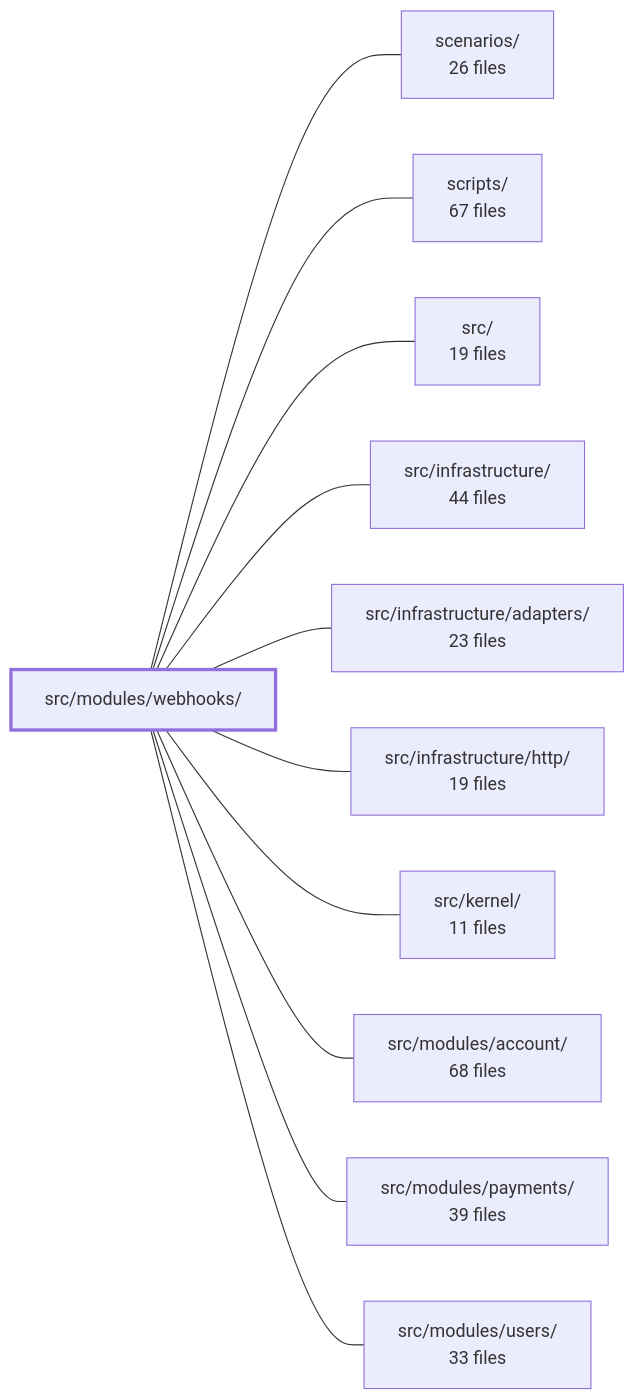
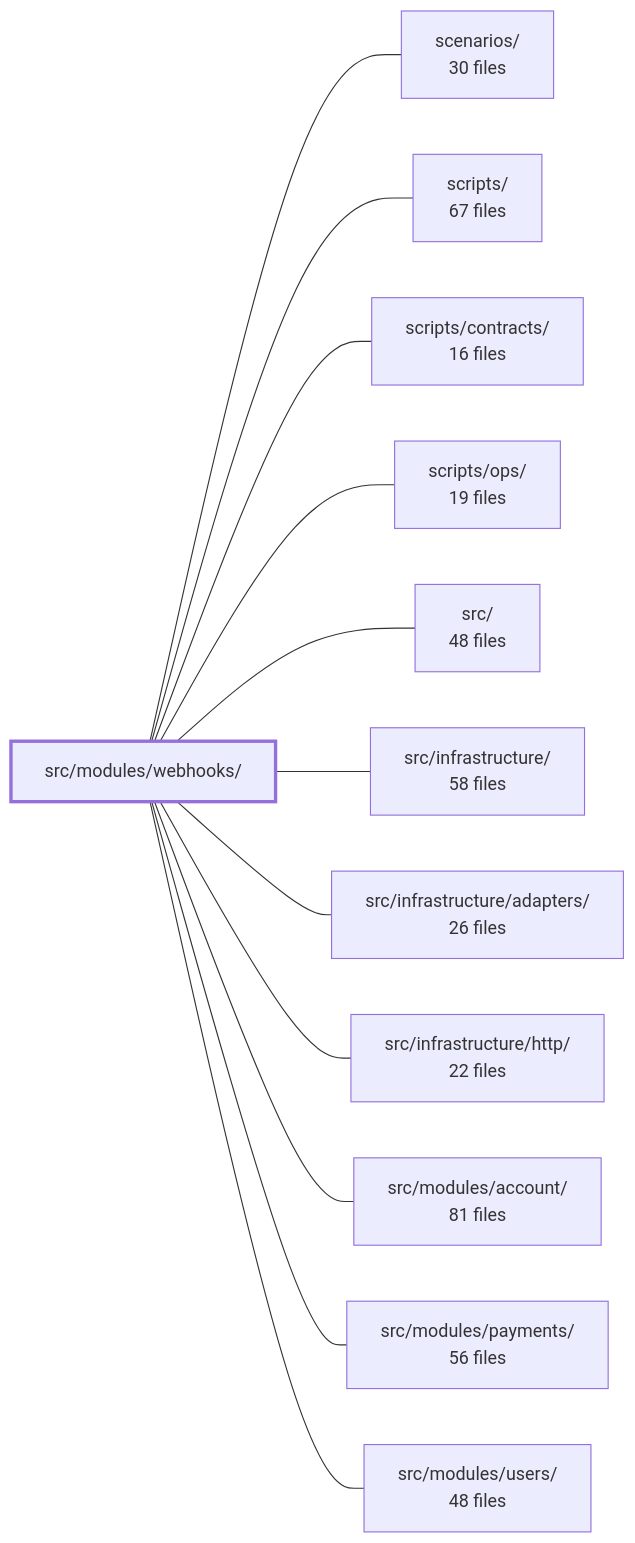
The diagram in .2brain/modules/boilerplate-node-backend_src_modules_webhooks.md (Guebbit/boilerplate-node-backend), drawn with Mermaid before and after one commit. The commit also changed other lines of this file and 187 other files, not shown here.

````diff
--- a/.2brain/modules/boilerplate-node-backend_src_modules_webhooks.md
+++ b/.2brain/modules/boilerplate-node-backend_src_modules_webhooks.md
@@ -52,25 +50,27 @@
 ```mermaid
 flowchart LR
     m_src_modules_webhooks["src/modules/webhooks/"]
-    m_scenarios["scenarios/<br/>26 files"]
+    m_scenarios["scenarios/<br/>30 files"]
     m_scripts["scripts/<br/>67 files"]
-    m_src["src/<br/>19 files"]
-    m_src_infrastructure["src/infrastructure/<br/>44 files"]
-    m_src_infrastructure_adapters["src/infrastructure/adapters/<br/>23 files"]
-    m_src_infrastructure_http["src/infrastructure/http/<br/>19 files"]
-    m_src_kernel["src/kernel/<br/>11 files"]
-    m_src_modules_account["src/modules/account/<br/>68 files"]
-    m_src_modules_payments["src/modules/payments/<br/>39 files"]
-    m_src_modules_users["src/modules/users/<br/>33 files"]
+    m_scripts_contracts["scripts/contracts/<br/>16 files"]
+    m_scripts_ops["scripts/ops/<br/>19 files"]
+    m_src["src/<br/>48 files"]
+    m_src_infrastructure["src/infrastructure/<br/>58 files"]
+    m_src_infrastructure_adapters["src/infrastructure/adapters/<br/>26 files"]
+    m_src_infrastructure_http["src/infrastructure/http/<br/>22 files"]
+    m_src_modules_account["src/modules/account/<br/>81 files"]
+    m_src_modules_payments["src/modules/payments/<br/>56 files"]
+    m_src_modules_users["src/modules/users/<br/>48 files"]
     m_src_modules_webhooks --- m_scenarios
     m_src_modules_webhooks --- m_scripts
+    m_src_modules_webhooks --- m_scripts_contracts
+    m_src_modules_webhooks --- m_scripts_ops
     m_src_modules_webhooks --- m_src
     m_src_modules_webhooks --- m_src_infrastructure
     m_src_modules_webhooks --- m_src_infrastructure_adapters
     m_src_modules_webhooks --- m_src_infrastructure_http
-    m_src_modules_webhooks --- m_src_kernel
     m_src_modules_webhooks --- m_src_modules_account
     m_src_modules_webhooks --- m_src_modules_payments
     m_src_modules_webhooks --- m_src_modules_users
     style m_src_modules_webhooks stroke-width:3px
 ```
````
